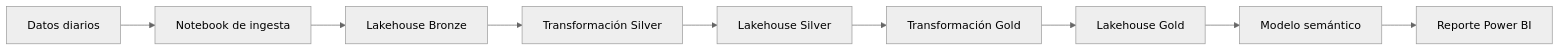
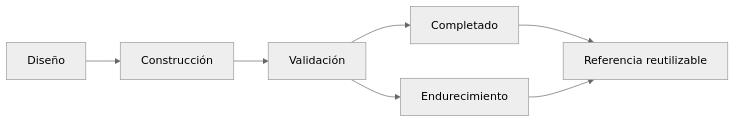
Before and after one commit to oscargbocanegra/Fabric_MIcrosoft_Projects_Training: the diagram in README.md, drawn with Mermaid (neutral theme). The commit also changed other lines of this file, not shown here.

````diff
--- a/README.md
+++ b/README.md
@@ -59,11 +46,9 @@
 ```mermaid
 flowchart LR
-    A[Datos diarios] --> B[Notebook de ingesta]
-    B --> C[Lakehouse Bronze]
-    C --> D[Transformación Silver]
-    D --> E[Lakehouse Silver]
-    E --> F[Transformación Gold]
-    F --> G[Lakehouse Gold]
-    G --> H[Modelo semántico]
-    H --> I[Reporte Power BI]
+    A[Diseño] --> B[Construcción]
+    B --> C[Validación]
+    C --> D[Completado]
+    D --> E[Referencia reutilizable]
+    C --> F[Endurecimiento]
+    F --> E
 ```
````
